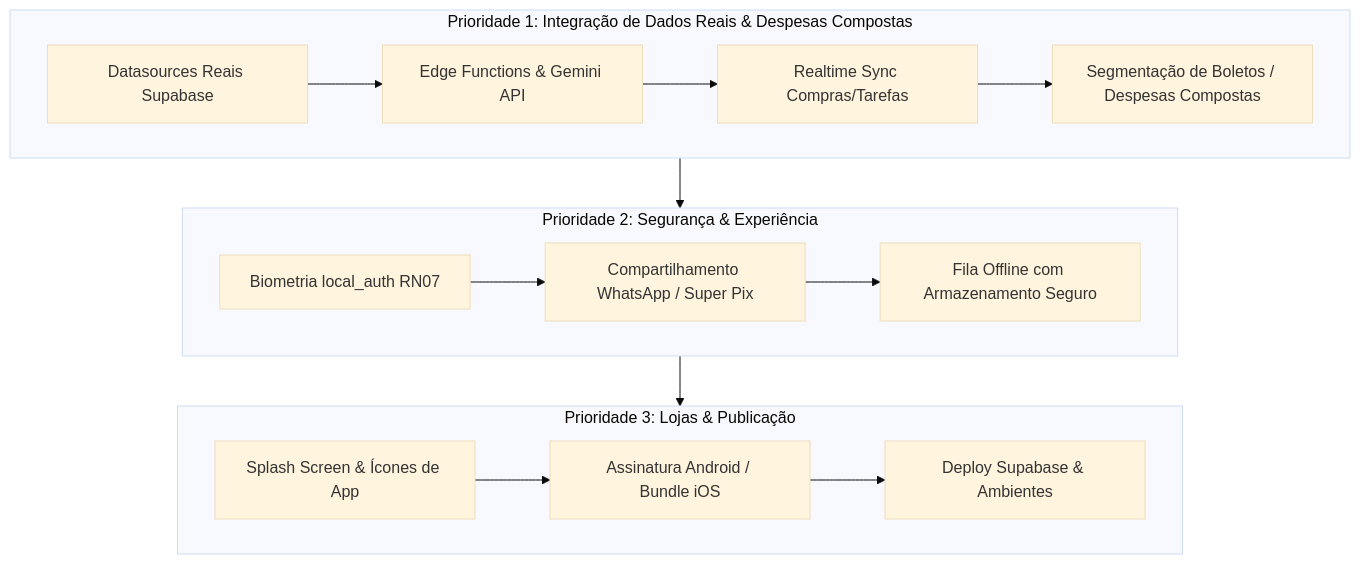
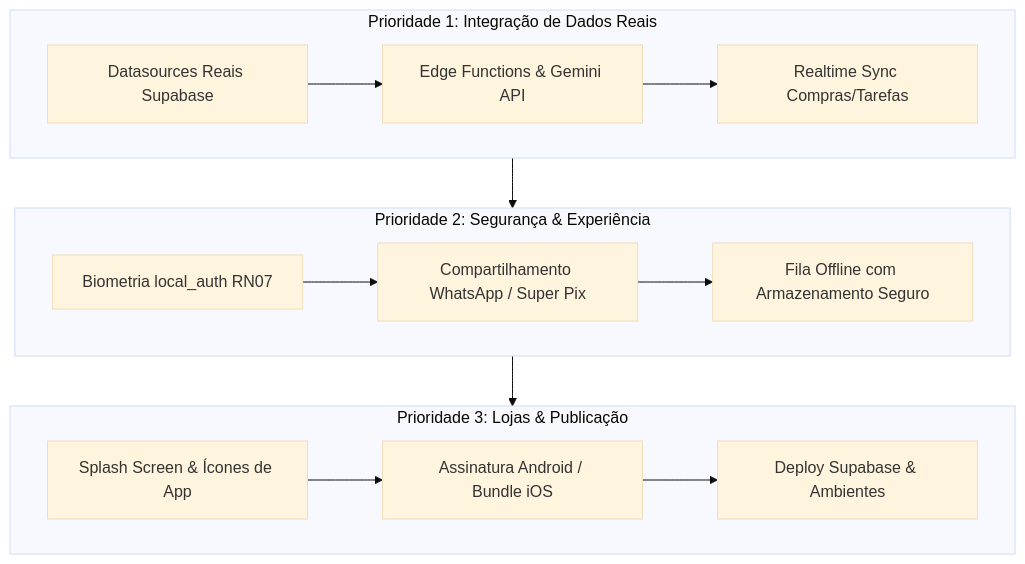
One commit to kelcalegari/OmniLar changed the diagram in Documentacao/o_que_falta_fazer.md. Above: the diagram before and after it, drawn with Mermaid (base theme). The commit also changed other lines of this file and 9 other files, not shown here.

Commit message:
feat(finance): implementar segmentacao de boletos compostos com sub-itens, motor clearing e UI

````diff
--- a/Documentacao/o_que_falta_fazer.md
+++ b/Documentacao/o_que_falta_fazer.md
@@ -33,21 +34,20 @@
 ```mermaid
 flowchart TD
-    subgraph P1["Prioridade 1: Integração de Dados Reais & Despesas Compostas"]
+    subgraph P1["Prioridade 1: Integração de Dados Reais"]
         A[Datasources Reais Supabase] --> B[Edge Functions & Gemini API]
         B --> C[Realtime Sync Compras/Tarefas]
-        C --> D[Segmentação de Boletos / Despesas Compostas]
     end
 
     subgraph P2["Prioridade 2: Segurança & Experiência"]
-        E[Biometria local_auth RN07] --> F[Compartilhamento WhatsApp / Super Pix]
-        F --> G[Fila Offline com Armazenamento Seguro]
+        D[Biometria local_auth RN07] --> E[Compartilhamento WhatsApp / Super Pix]
+        E --> F[Fila Offline com Armazenamento Seguro]
     end
 
     subgraph P3["Prioridade 3: Lojas & Publicação"]
-        H[Splash Screen & Ícones de App] --> I[Assinatura Android / Bundle iOS]
-        I --> J[Deploy Supabase & Ambientes]
+        G[Splash Screen & Ícones de App] --> H[Assinatura Android / Bundle iOS]
+        H --> I[Deploy Supabase & Ambientes]
     end
 
     P1 --> P2
     P2 --> P3
 ```
````
